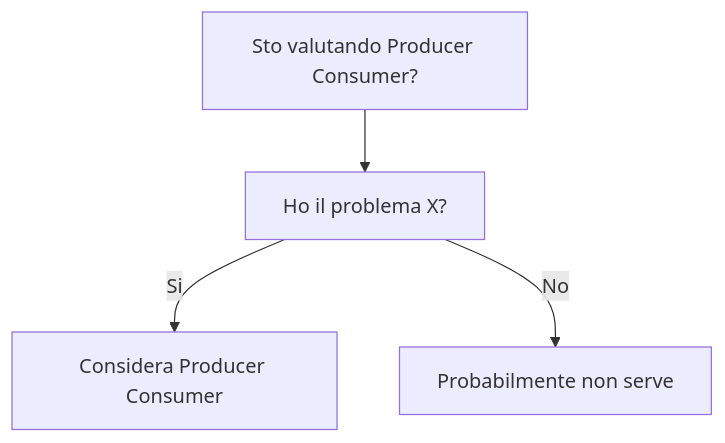
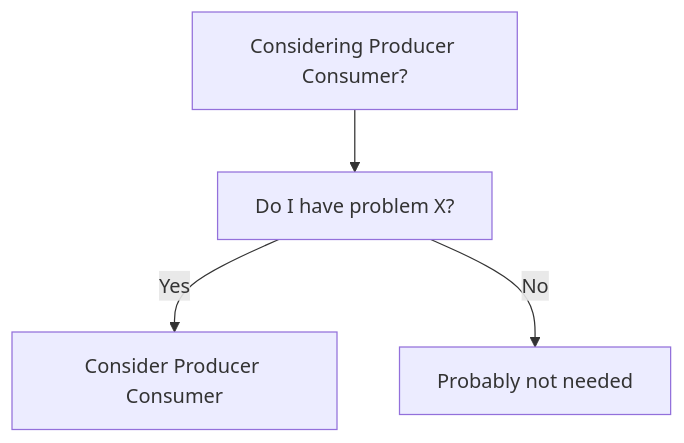
One commit to HxT9/Software-Dev-Wiki changed the diagram in dev-wiki/03_Design_Patterns/Concurrency/Producer_Consumer/When_To_Use.md. Above: the diagram before and after it, drawn with Mermaid. The commit also changed other lines of this file and 3444 other files, not shown here.

````diff
--- a/dev-wiki/03_Design_Patterns/Concurrency/Producer_Consumer/When_To_Use.md
+++ b/dev-wiki/03_Design_Patterns/Concurrency/Producer_Consumer/When_To_Use.md
@@ -19,6 +19,6 @@
 ```mermaid
 flowchart TD
-  Q[Sto valutando Producer Consumer?] --> Q1[Ho il problema X?]
-  Q1 -->|Si| OK[Considera Producer Consumer]
-  Q1 -->|No| NO[Probabilmente non serve]
+  Q[Considering Producer Consumer?] --> Q1[Do I have problem X?]
+  Q1 -->|Yes| OK[Consider Producer Consumer]
+  Q1 -->|No| NO[Probably not needed]
 ```
````
